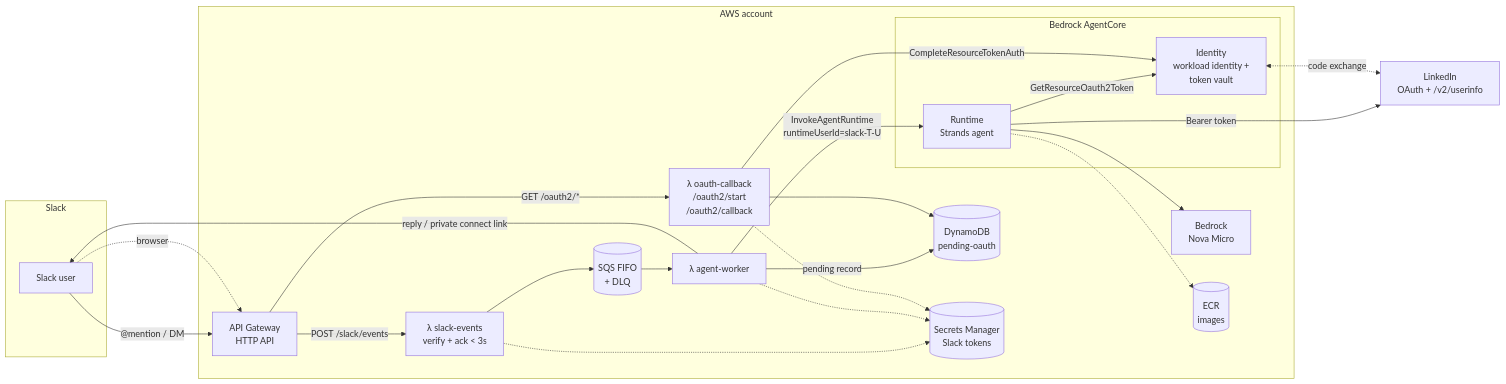
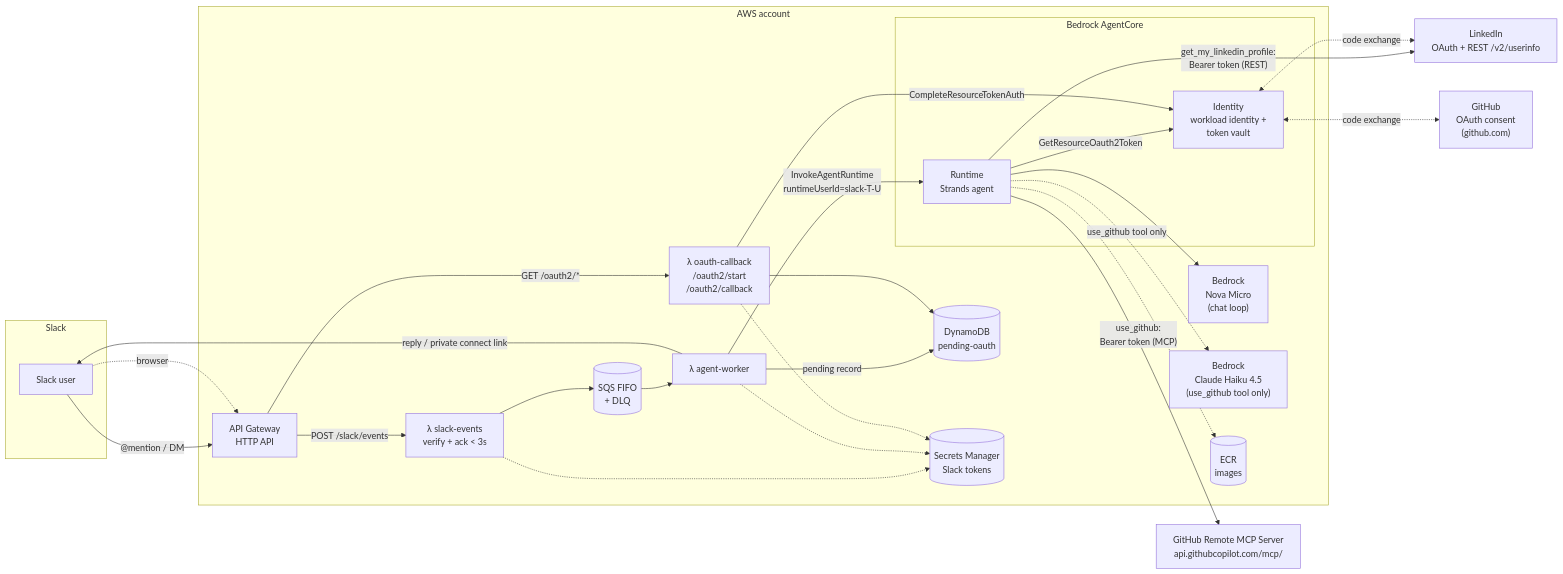
One commit to agent-runtime-labs/slack-agentcore-app changed the first of 5 diagrams in docs/architecture.md. Above: the diagram before and after it, drawn with Mermaid. The commit also changed other lines of this file and 30 other files, not shown here.

````diff
--- a/docs/architecture.md
+++ b/docs/architecture.md
@@ -9,43 +12,49 @@
 ```mermaid
 flowchart LR
     subgraph Slack
         U[Slack user]
     end
 
     subgraph AWS["AWS account"]
         APIGW["API Gateway<br/>HTTP API"]
         EV["λ slack-events<br/>verify + ack < 3s"]
         Q[("SQS FIFO<br/>+ DLQ")]
         WK["λ agent-worker"]
         CB["λ oauth-callback<br/>/oauth2/start<br/>/oauth2/callback"]
         DDB[("DynamoDB<br/>pending-oauth")]
         SM[("Secrets Manager<br/>Slack tokens")]
 
         subgraph AC["Bedrock AgentCore"]
             RT["Runtime<br/>Strands agent"]
             ID["Identity<br/>workload identity +<br/>token vault"]
         end
 
-        BR["Bedrock<br/>Nova Micro"]
+        BR["Bedrock<br/>Nova Micro<br/>(chat loop)"]
+        BR2["Bedrock<br/>Claude Haiku 4.5<br/>(use_github tool only)"]
         ECR[("ECR<br/>images")]
     end
 
-    LI["LinkedIn<br/>OAuth + /v2/userinfo"]
+    LI["LinkedIn<br/>OAuth + REST /v2/userinfo"]
+    GH["GitHub<br/>OAuth consent<br/>(github.com)"]
+    GHMCP["GitHub Remote MCP Server<br/>api.githubcopilot.com/mcp/"]
 
     U -- "@mention / DM" --> APIGW
     APIGW -- "POST /slack/events" --> EV
     EV --> Q --> WK
     WK -- "InvokeAgentRuntime<br/>runtimeUserId=slack-T-U" --> RT
     RT --> BR
+    RT -. "use_github tool only" .-> BR2
     RT -- "GetResourceOauth2Token" --> ID
-    RT -- "Bearer token" --> LI
+    RT -- "get_my_linkedin_profile:<br/>Bearer token (REST)" --> LI
+    RT -- "use_github:<br/>Bearer token (MCP)" --> GHMCP
     WK -- "pending record" --> DDB
     WK -- "reply / private connect link" --> U
     U -. "browser" .-> APIGW
     APIGW -- "GET /oauth2/*" --> CB
     CB --> DDB
     CB -- "CompleteResourceTokenAuth" --> ID
     ID <-. "code exchange" .-> LI
+    ID <-. "code exchange" .-> GH
     EV & WK & CB -.-> SM
     RT -.-> ECR
 ```
````
